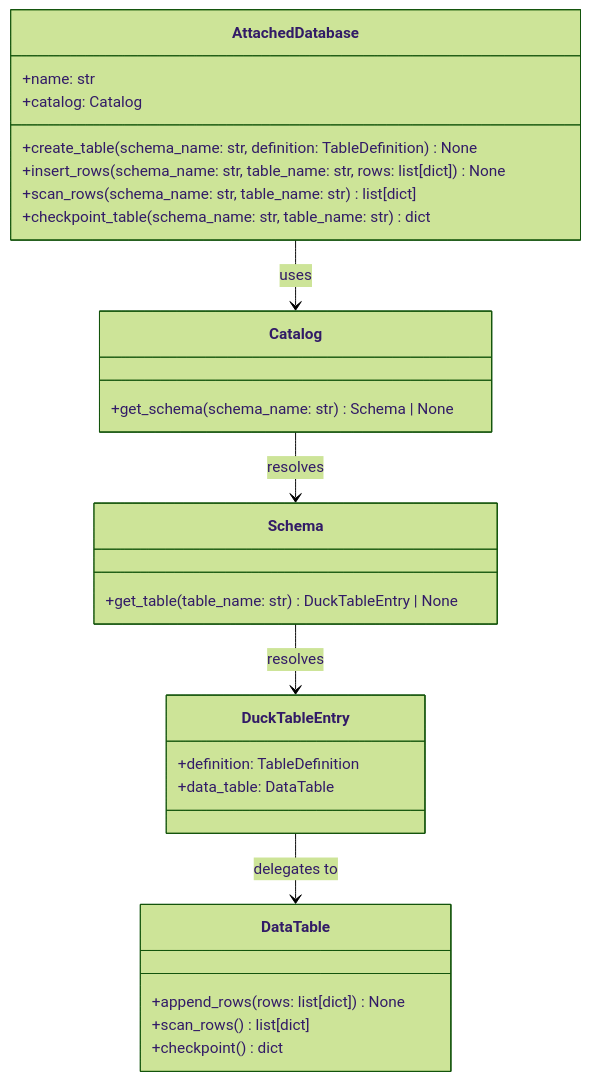
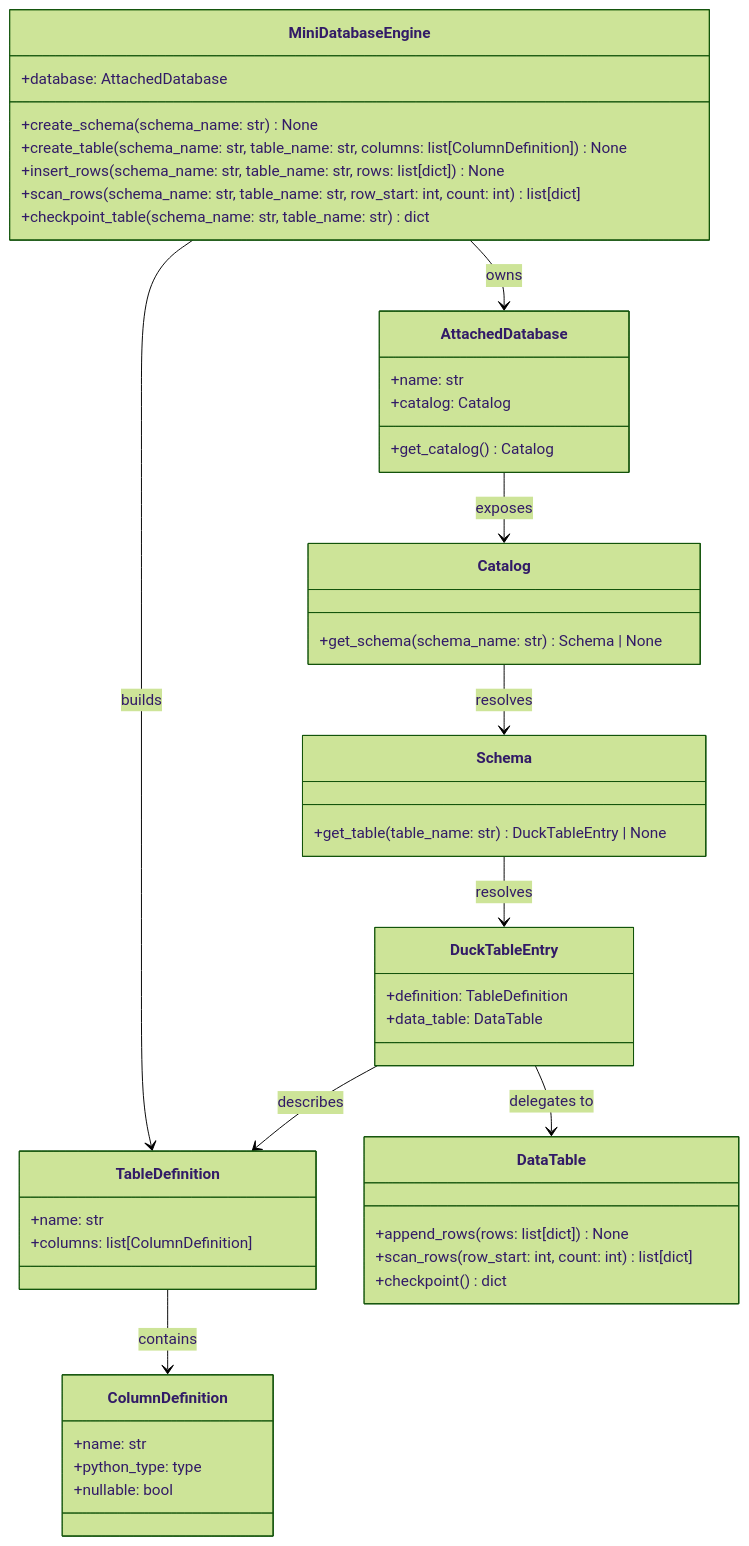
Before and after one commit to ShikoteiCoding/columnar-database-storage: the ninth of 10 diagrams in docs/curriculum.md, drawn with Mermaid (forest theme). The commit also changed other lines of this file, not shown here.

````diff
--- a/docs/curriculum.md
+++ b/docs/curriculum.md
@@ -588,35 +630,56 @@
 ```mermaid
 classDiagram
+	class MiniDatabaseEngine {
+		+database: AttachedDatabase
+		+create_schema(schema_name: str) None
+		+create_table(schema_name: str, table_name: str, columns: list[ColumnDefinition]) None
+		+insert_rows(schema_name: str, table_name: str, rows: list[dict]) None
+		+scan_rows(schema_name: str, table_name: str, row_start: int, count: int) list[dict]
+		+checkpoint_table(schema_name: str, table_name: str) dict
+	}
+
 	class AttachedDatabase {
 		+name: str
 		+catalog: Catalog
-		+create_table(schema_name: str, definition: TableDefinition) None
-		+insert_rows(schema_name: str, table_name: str, rows: list[dict]) None
-		+scan_rows(schema_name: str, table_name: str) list[dict]
-		+checkpoint_table(schema_name: str, table_name: str) dict
+		+get_catalog() Catalog
 	}
 
 	class Catalog {
 		+get_schema(schema_name: str) Schema | None
 	}
 
 	class Schema {
 		+get_table(table_name: str) DuckTableEntry | None
 	}
 
 	class DuckTableEntry {
 		+definition: TableDefinition
 		+data_table: DataTable
 	}
 
+	class TableDefinition {
+		+name: str
+		+columns: list[ColumnDefinition]
+	}
+
+	class ColumnDefinition {
+		+name: str
+		+python_type: type
+		+nullable: bool
+	}
+
 	class DataTable {
 		+append_rows(rows: list[dict]) None
-		+scan_rows() list[dict]
+		+scan_rows(row_start: int, count: int) list[dict]
 		+checkpoint() dict
 	}
 
-	AttachedDatabase --> Catalog : uses
+	MiniDatabaseEngine --> AttachedDatabase : owns
+	MiniDatabaseEngine --> TableDefinition : builds
+	AttachedDatabase --> Catalog : exposes
 	Catalog --> Schema : resolves
 	Schema --> DuckTableEntry : resolves
 	DuckTableEntry --> DataTable : delegates to
+	DuckTableEntry --> TableDefinition : describes
+	TableDefinition --> ColumnDefinition : contains
 ```
````
